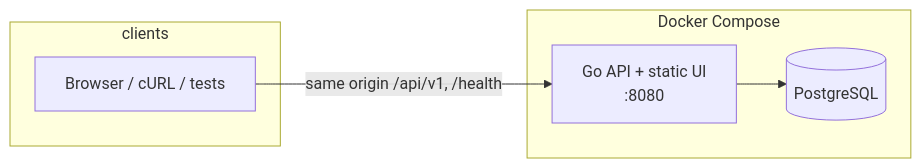
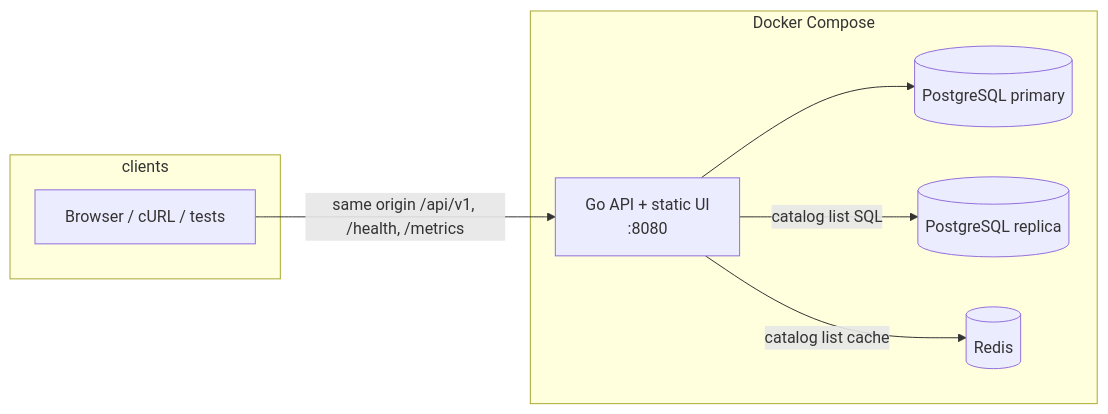
Before and after one commit to nghialthanh/inventory_dashboard: the first of 3 diagrams in docs/SYSTEM_DESIGN.md, drawn with Mermaid. The commit also changed other lines of this file and 64 other files, not shown here.

````diff
--- a/docs/SYSTEM_DESIGN.md
+++ b/docs/SYSTEM_DESIGN.md
@@ -15,12 +15,16 @@
 ```mermaid
 flowchart LR
   subgraph clients
     Browser[Browser / cURL / tests]
   end
   subgraph compose["Docker Compose"]
     API["Go API + static UI\n:8080"]
-    PG[(PostgreSQL)]
+    PG[(PostgreSQL primary)]
+    PGR[(PostgreSQL replica)]
+    Redis[(Redis)]
   end
-  Browser -->|same origin /api/v1, /health| API
+  Browser -->|same origin /api/v1, /health, /metrics| API
   API --> PG
+  API -->|catalog list SQL| PGR
+  API -->|catalog list cache| Redis
 ```
````
